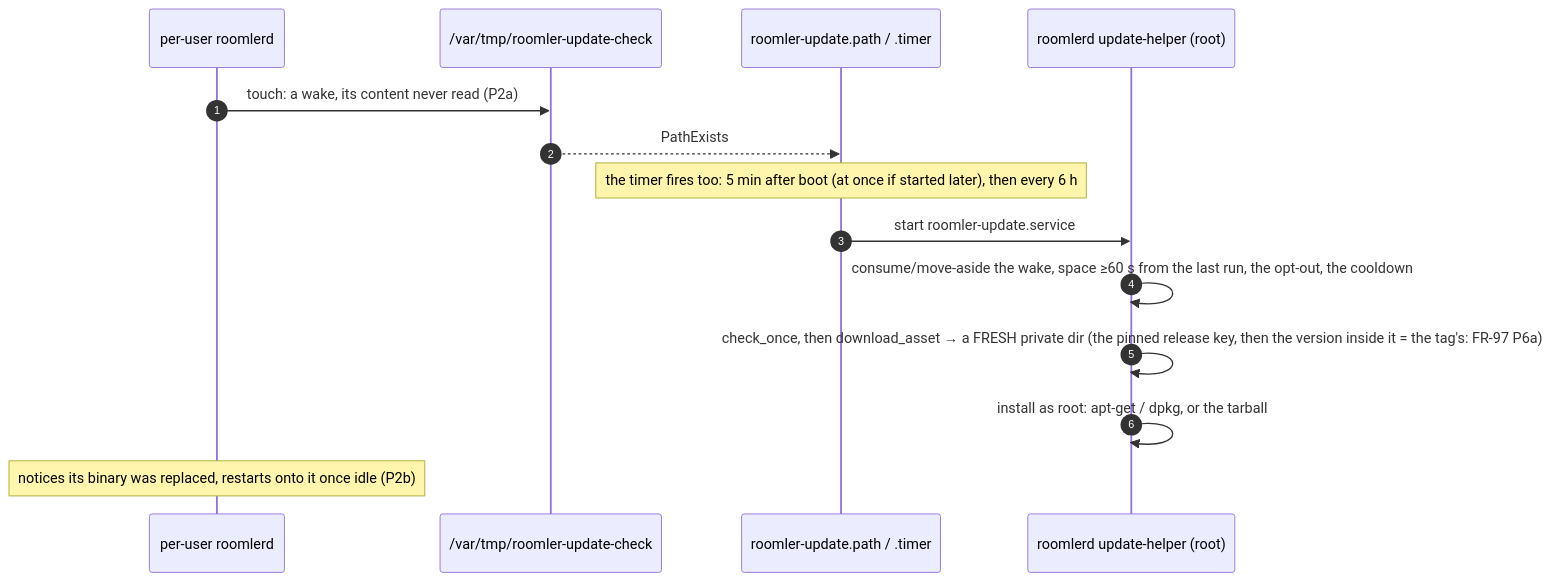
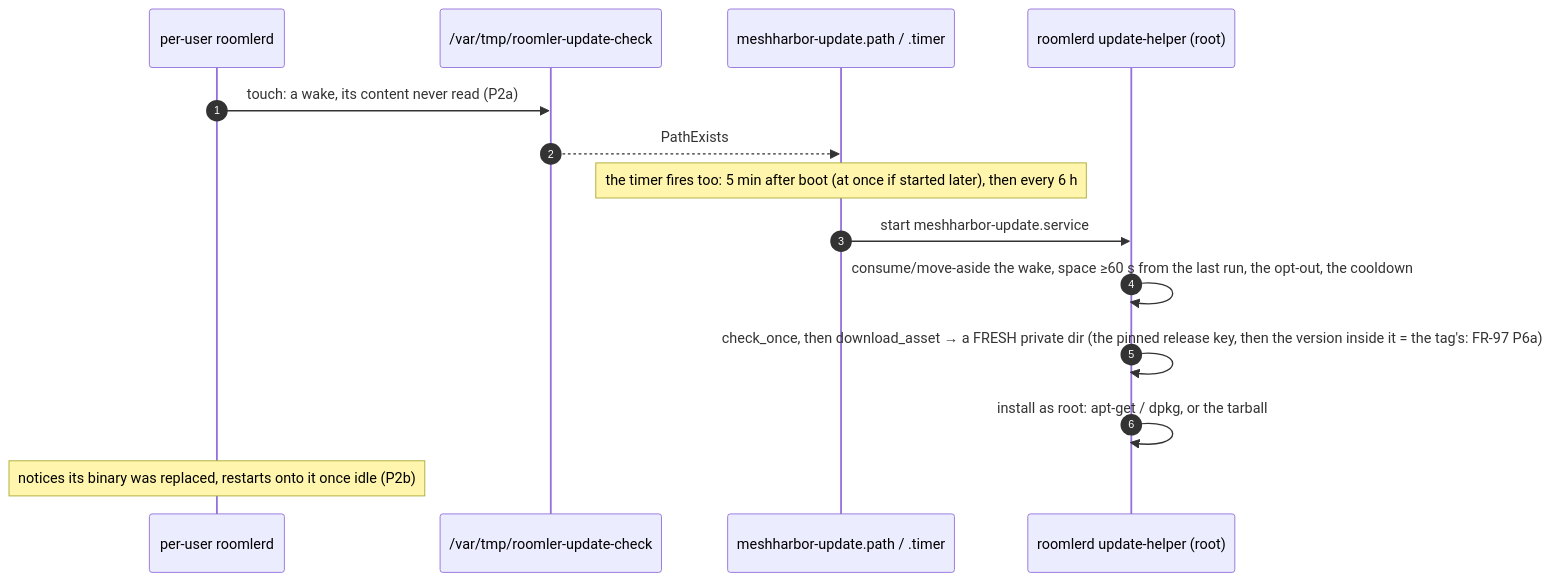
The second of 5 diagrams in docs/linux-self-update.md (jk-zhang-meta/MeshHarbor), drawn with Mermaid before and after one commit. The commit also changed other lines of this file and 160 other files, not shown here.

````diff
--- a/docs/linux-self-update.md
+++ b/docs/linux-self-update.md
@@ -216,16 +216,16 @@
 ```mermaid
 sequenceDiagram
     autonumber
     participant D as per-user roomlerd
     participant W as /var/tmp/roomler-update-check
-    participant P as roomler-update.path / .timer
+    participant P as meshharbor-update.path / .timer
     participant U as roomlerd update-helper (root)
     D->>W: touch: a wake, its content never read (P2a)
     W-->>P: PathExists
     Note over P: the timer fires too: 5 min after boot (at once if started later), then every 6 h
-    P->>U: start roomler-update.service
+    P->>U: start meshharbor-update.service
     U->>U: consume/move-aside the wake, space ≥60 s from the last run, the opt-out, the cooldown
     U->>U: check_once, then download_asset → a FRESH private dir (the pinned release key, then the version inside it = the tag's: FR-97 P6a)
     U->>U: install as root: apt-get / dpkg, or the tarball
     Note over D: notices its binary was replaced, restarts onto it once idle (P2b)
 ```
````
